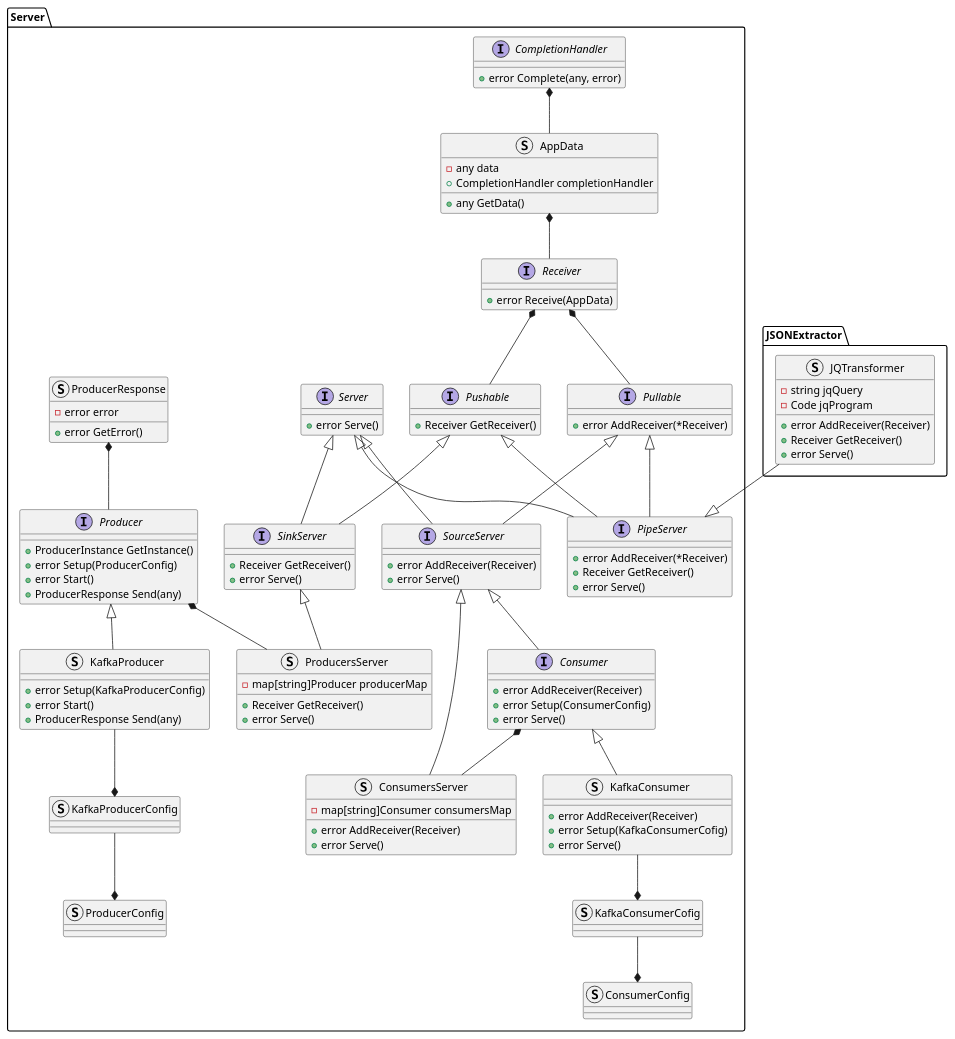
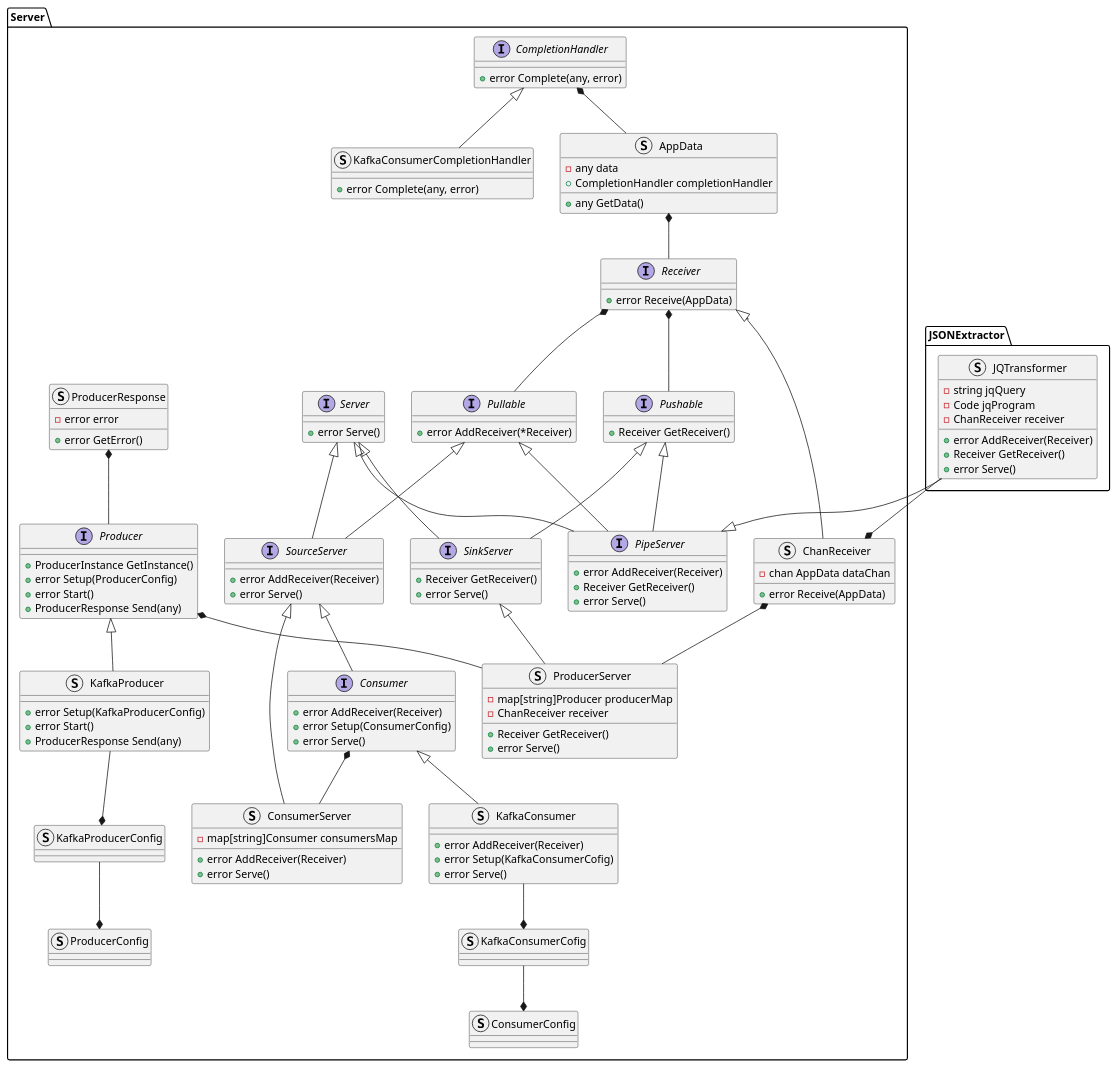
The diagram in docs/design_notes/DN1_JSON_Extractor/class_diagram.puml (xtuml/otel2pv), drawn with PlantUML before and after one commit. The commit also changed 1 other file, not shown here.

Commit message:
CDSOPV-26 updated class diagram

```diff
--- a/docs/design_notes/DN1_JSON_Extractor/class_diagram.puml
+++ b/docs/design_notes/DN1_JSON_Extractor/class_diagram.puml
@@ -1,113 +1,126 @@
 @startuml
 namespace Server {
     interface CompletionHandler {
+        +error Complete(any, error)
+    }
+    struct KafkaConsumerCompletionHandler {
         +error Complete(any, error)
     }
     struct AppData {
         -any data
         +CompletionHandler completionHandler
         +any GetData()
     }
     interface Receiver {
+        +error Receive(AppData)
+    }
+    struct ChanReceiver {
+        -chan AppData dataChan
         +error Receive(AppData)
     }
     interface Server {
         +error Serve()
     }
     interface Pullable {
         +error AddReceiver(*Receiver)
     }
     interface Pushable {
         +Receiver GetReceiver()
     }
     interface SourceServer {
         +error AddReceiver(Receiver)
         +error Serve()
     }
     interface SinkServer {
         +Receiver GetReceiver()
         +error Serve()
     }
     interface PipeServer {
-        +error AddReceiver(*Receiver)
+        +error AddReceiver(Receiver)
         +Receiver GetReceiver()
         +error Serve()
     }
     struct ProducerResponse {
         -error error
         +error GetError()
     }
     interface Producer {
         +ProducerInstance GetInstance()
         +error Setup(ProducerConfig)
         +error Start()
         +ProducerResponse Send(any)
     }
     interface Consumer {
         +error AddReceiver(Receiver)
         +error Setup(ConsumerConfig)
         +error Serve()
     }
     struct KafkaConsumer {
         +error AddReceiver(Receiver)
         +error Setup(KafkaConsumerCofig)
         +error Serve()
     }
     struct KafkaProducer {
         +error Setup(KafkaProducerConfig)
         +error Start()
         +ProducerResponse Send(any)
     }
-    struct ProducersServer {
+    struct ProducerServer {
         -map[string]Producer producerMap
+        -ChanReceiver receiver
         +Receiver GetReceiver()
         +error Serve()
     }
-    struct ConsumersServer {
+    struct ConsumerServer {
         -map[string]Consumer consumersMap
         +error AddReceiver(Receiver)
         +error Serve()
     }
     struct KafkaConsumerCofig
     struct KafkaProducerConfig
     struct ProducerConfig
     struct ConsumerConfig
 }
 namespace JSONExtractor {
     struct JQTransformer {
         -string jqQuery
         -Code jqProgram
+        -ChanReceiver receiver
         +error AddReceiver(Receiver)
         +Receiver GetReceiver()
         +error Serve()
     }
 }
 Server.CompletionHandler *-- Server.AppData
+Server.CompletionHandler <|-- Server.KafkaConsumerCompletionHandler
 Server.AppData *-- Server.Receiver
 Server.Receiver *-- Server.Pullable
 Server.Receiver *-- Server.Pushable
+Server.Receiver <|-- Server.ChanReceiver
 Server.Server <|-- Server.SourceServer
 Server.Pullable <|-- Server.SourceServer
 Server.Server <|-- Server.SinkServer
 Server.Pushable <|-- Server.SinkServer
 Server.Pushable <|-- Server.PipeServer
 Server.Pullable <|-- Server.PipeServer
 Server.Server <|-- Server.PipeServer
 
 Server.ProducerResponse *-- Server.Producer
 Server.Producer <|-- Server.KafkaProducer
 Server.Consumer <|-- Server.KafkaConsumer
-Server.Producer *-- Server.ProducersServer
-Server.SinkServer <|-- Server.ProducersServer
-Server.SourceServer <|-- Server.ConsumersServer
-Server.Consumer *-- Server.ConsumersServer
+Server.Producer *-- Server.ProducerServer
+Server.SinkServer <|-- Server.ProducerServer
+Server.ChanReceiver *-- Server.ProducerServer
+Server.SourceServer <|-- Server.ConsumerServer
+Server.Consumer *-- Server.ConsumerServer
 Server.SourceServer <|-- Server.Consumer
 
 Server.KafkaConsumerCofig *-up- Server.KafkaConsumer
 Server.KafkaProducerConfig *-up- Server.KafkaProducer
 
 Server.PipeServer <|-up- JSONExtractor.JQTransformer
+Server.ChanReceiver *-up- JSONExtractor.JQTransformer
 
 Server.ProducerConfig *-up- Server.KafkaProducerConfig
 Server.ConsumerConfig *-up- Server.KafkaConsumerCofig
 @enduml
```
